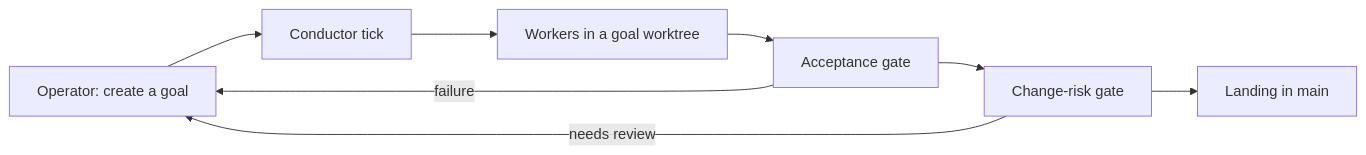
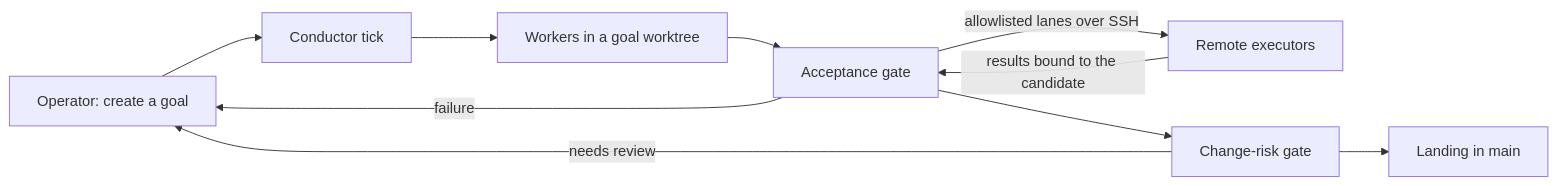
One commit to TheCrimsonKing92/mcg-agent-orchestrator changed the diagram in README.md. Above: the diagram before and after it, drawn with Mermaid. The commit also changed other lines of this file and 1 other file, not shown here.

````diff
--- a/README.md
+++ b/README.md
@@ -7,10 +7,12 @@
 ```mermaid
 flowchart LR
     Operator[Operator: create a goal] --> Conductor[Conductor tick]
     Conductor --> Workers[Workers in a goal worktree]
     Workers --> Gate[Acceptance gate]
+    Gate -->|allowlisted lanes over SSH| Executors[Remote executors]
+    Executors -->|results bound to the candidate| Gate
     Gate --> Risk[Change-risk gate]
     Risk --> Landing[Landing in main]
     Gate -->|failure| Operator
     Risk -->|needs review| Operator
 ```
````
